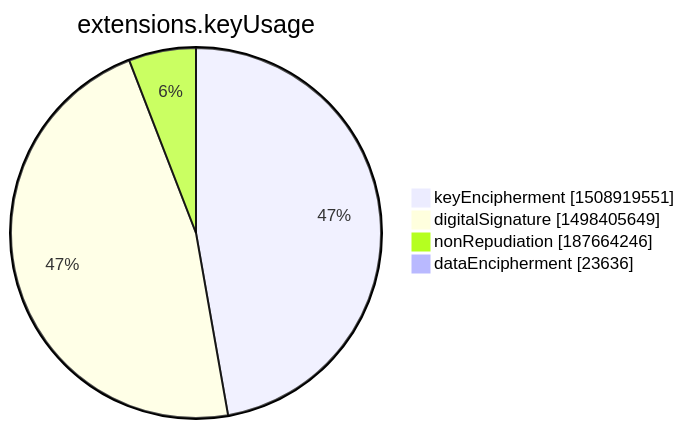
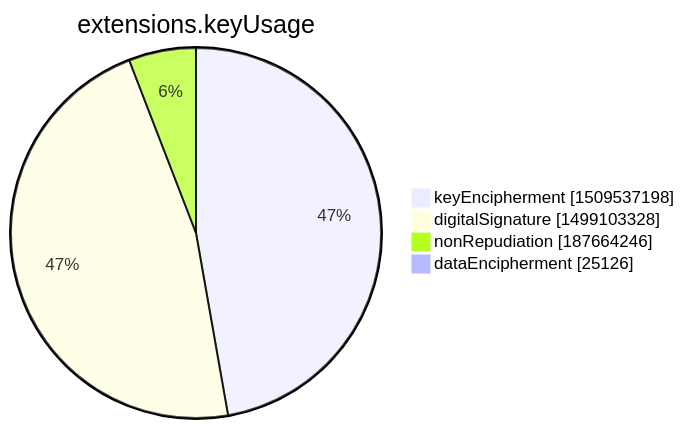
The seventh of 15 diagrams in xenon2022/README.md (christiankrug/ctmonitor_visualization), drawn with Mermaid before and after one commit. The commit also changed other lines of this file, not shown here.

````diff
--- a/xenon2022/README.md
+++ b/xenon2022/README.md
@@ -2846,8 +2846,8 @@
 ```mermaid
 pie showData
 title extensions.keyUsage
-"keyEncipherment" :1508919551
-"digitalSignature" :1498405649
+"keyEncipherment" :1509537198
+"digitalSignature" :1499103328
 "nonRepudiation" :187664246
-"dataEncipherment" :23636
+"dataEncipherment" :25126
 ```
````
